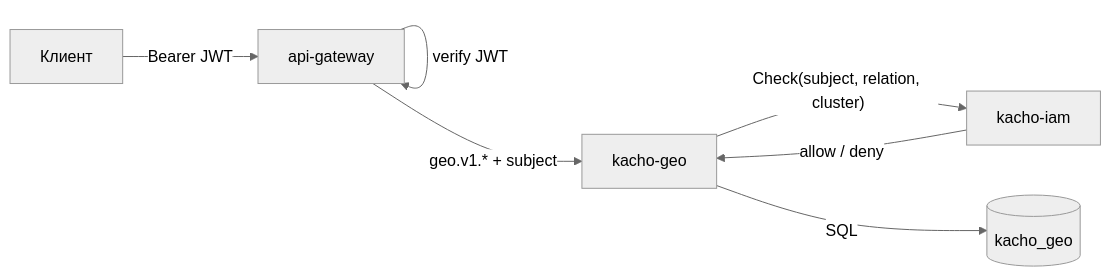
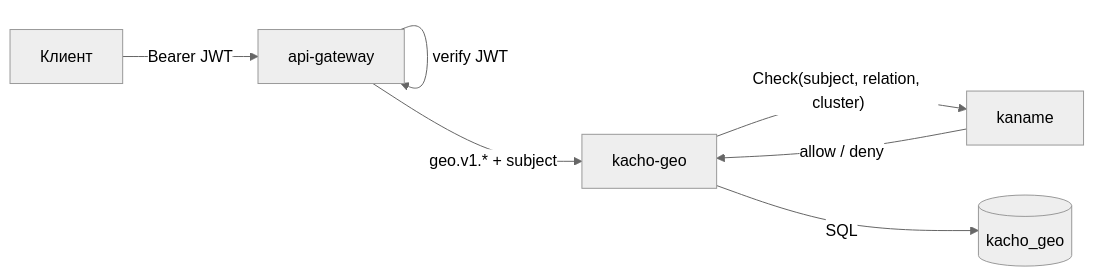
Before and after one commit to PRO-Robotech/kacho: the diagram in services/geo/docs/content/api/overview.mdx, drawn with Mermaid (neutral theme). The commit also changed other lines of this file and 5005 other files, not shown here.

````diff
--- a/services/geo/docs/content/api/overview.mdx
+++ b/services/geo/docs/content/api/overview.mdx
@@ -137,9 +137,9 @@
 ```mermaid
 flowchart LR
   cli["Клиент"] -->|"Bearer JWT"| agw["api-gateway"]
   agw -->|"verify JWT"| agw
   agw -->|"geo.v1.* + subject"| geo["kacho-geo"]
-  geo -->|"Check(subject, relation, cluster)"| iam["kacho-iam"]
+  geo -->|"Check(subject, relation, cluster)"| iam["kaname"]
   iam -->|"allow / deny"| geo
   geo -->|"SQL"| pg[("kacho_geo")]
 ```
````
